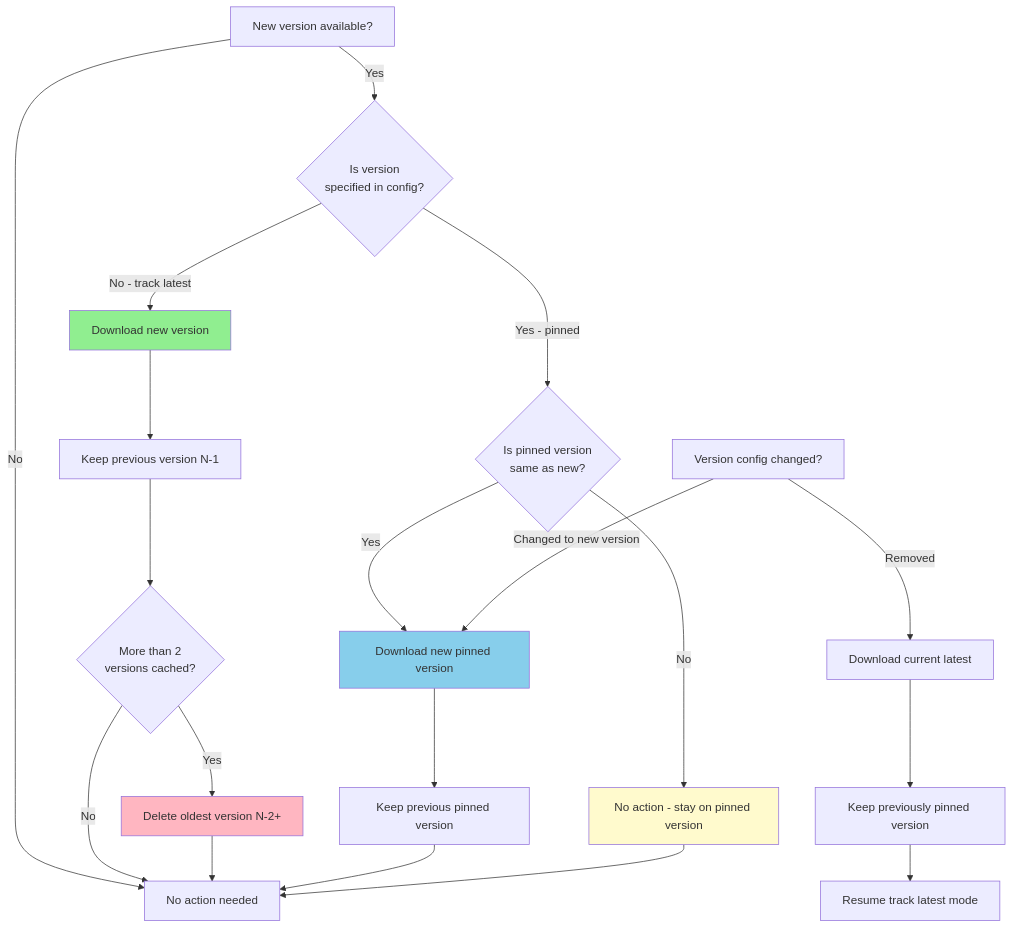
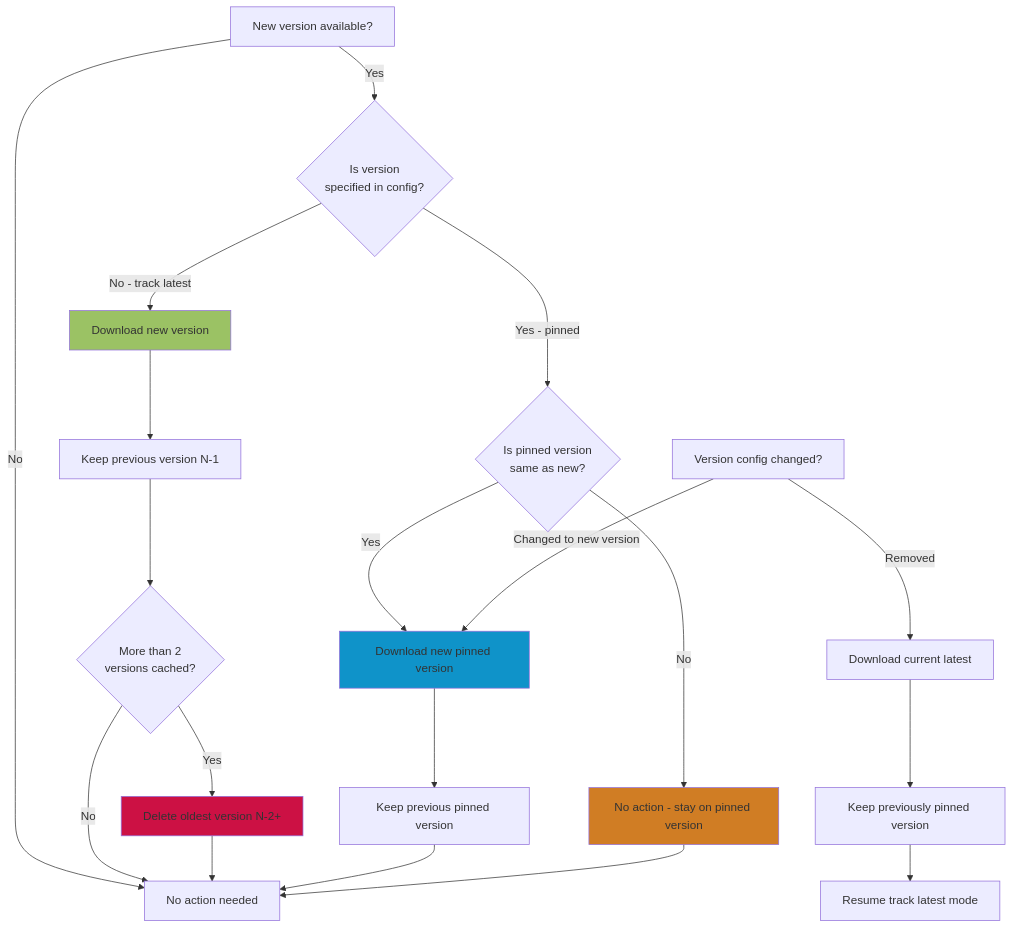
Before and after one commit to fleetdm/fleet: the fourth of 4 diagrams in docs/Contributing/product-groups/software/rollback-fleet-maintained-app-version.md, drawn with Mermaid. The commit also changed other lines of this file, not shown here.

Commit message:
update diagram colors

````diff
--- a/docs/Contributing/product-groups/software/rollback-fleet-maintained-app-version.md
+++ b/docs/Contributing/product-groups/software/rollback-fleet-maintained-app-version.md
@@ -142,30 +142,30 @@
 ```mermaid
 flowchart TD
     A[New version available?] -->|Yes| B{Is version<br/>specified in config?}
     A -->|No| Z[No action needed]
     
     B -->|No - track latest| C[Download new version]
     C --> D[Keep previous version N-1]
     D --> E{More than 2<br/>versions cached?}
     E -->|Yes| F[Delete oldest version N-2+]
     E -->|No| Z
     F --> Z
     
     B -->|Yes - pinned| G{Is pinned version<br/>same as new?}
     G -->|Yes| H[Download new pinned version]
     H --> I[Keep previous pinned version]
     I --> Z
     G -->|No| J[No action - stay on pinned version]
     J --> Z
 
     K[Version config changed?] -->|Removed| L[Download current latest]
     L --> M[Keep previously pinned version]
     M --> N[Resume track latest mode]
     
     K -->|Changed to new version| H
 
-    style C fill:#90EE90
-    style H fill:#87CEEB
-    style F fill:#FFB6C1
-    style J fill:#FFFACD
+    style C fill:#9BC264
+    style H fill:#0F93C9
+    style F fill:#CC1144
+    style J fill:#D07D24
 ```
````
